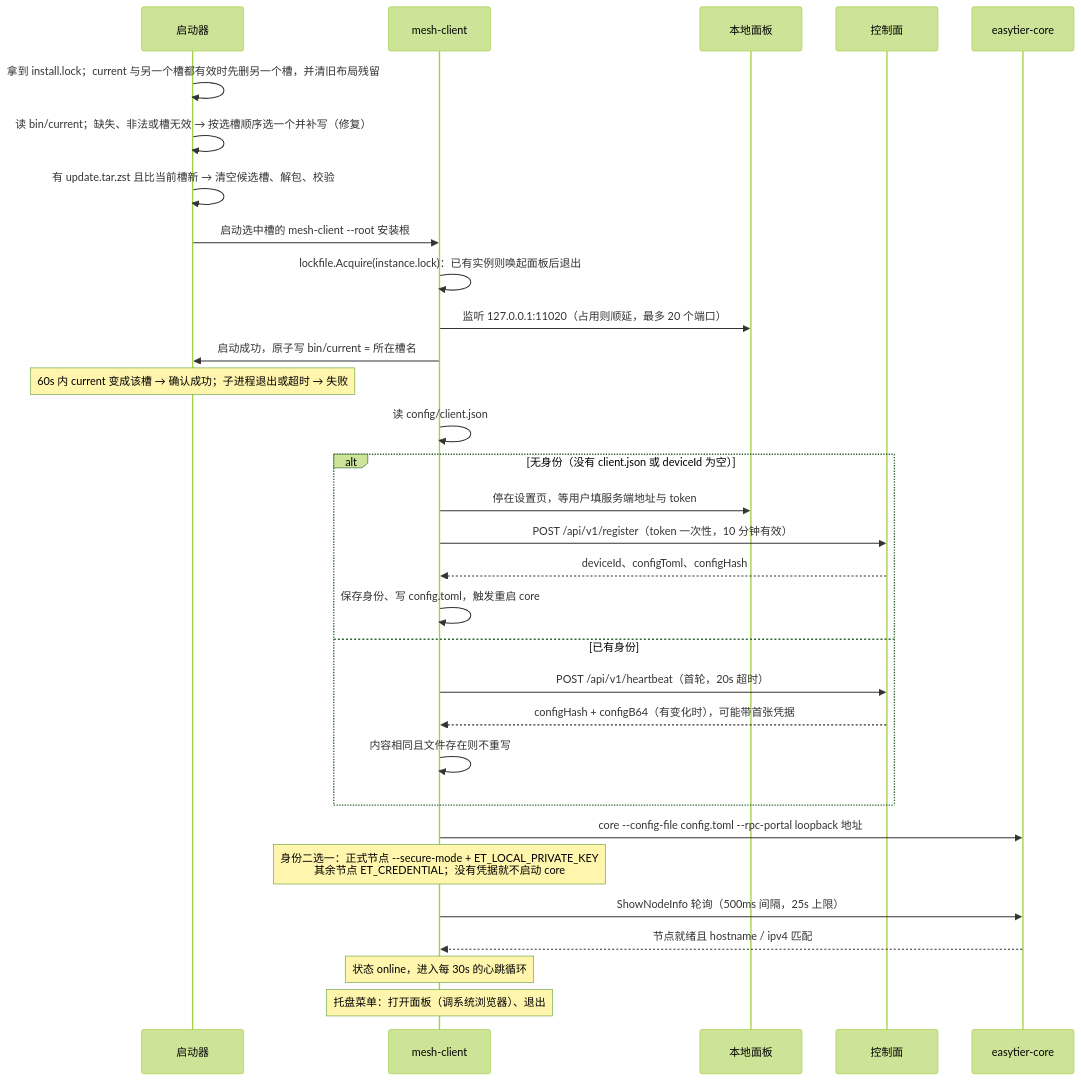
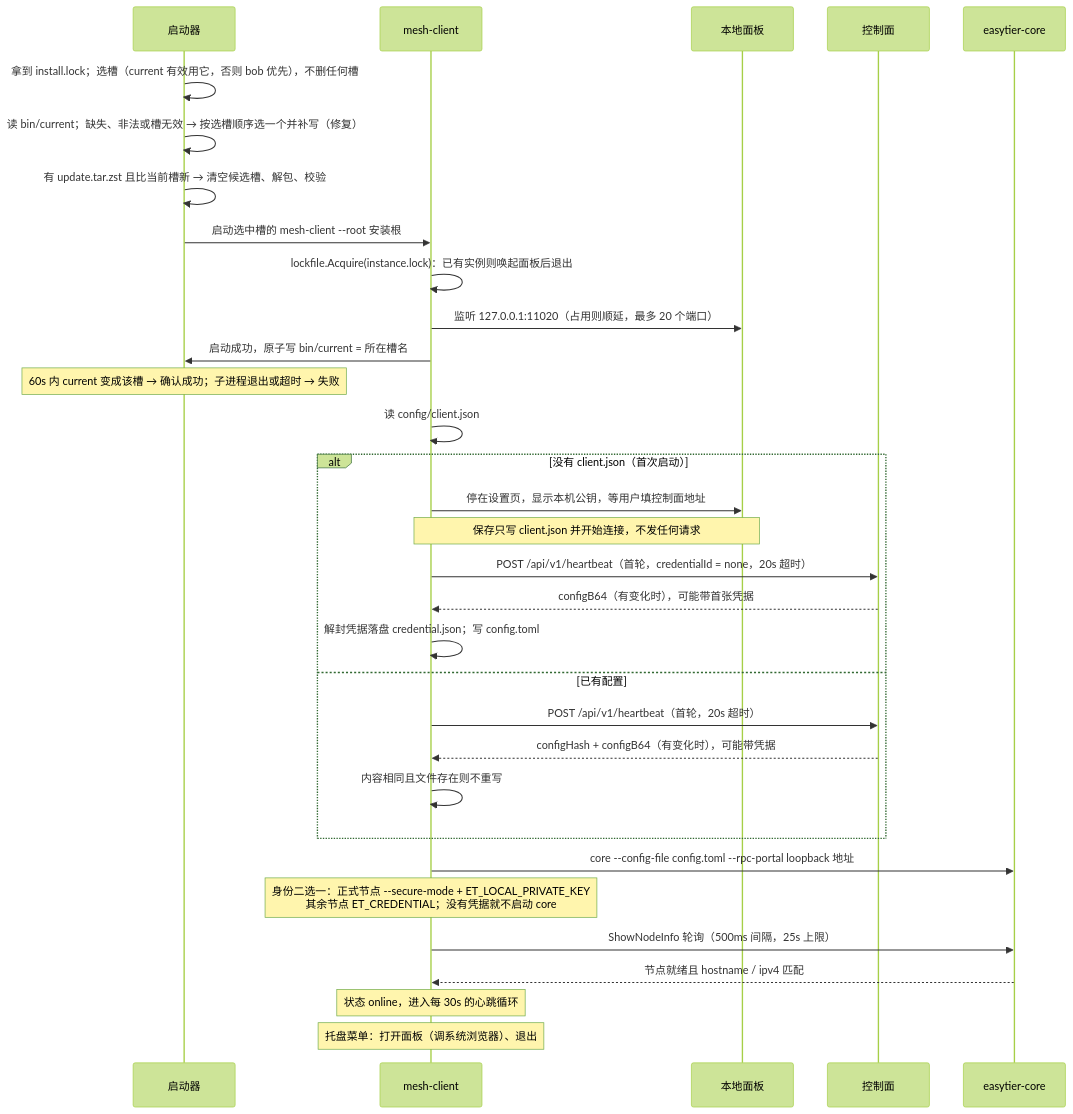
The fourth of 6 diagrams in docs/flows.md (hiromuraki/mesh-client), drawn with Mermaid (forest theme) before and after one commit. The commit also changed other lines of this file and 27 other files, not shown here.

````diff
--- a/docs/flows.md
+++ b/docs/flows.md
@@ -123,34 +123,35 @@
 ```mermaid
 sequenceDiagram
   participant L as 启动器
   participant M as mesh-client
   participant P as 本地面板
   participant S as 控制面
   participant C as easytier-core
 
-  L->>L: 拿到 install.lock；current 与另一个槽都有效时先删另一个槽，并清旧布局残留
+  L->>L: 拿到 install.lock；选槽（current 有效用它，否则 bob 优先），不删任何槽
   L->>L: 读 bin/current；缺失、非法或槽无效 → 按选槽顺序选一个并补写（修复）
   L->>L: 有 update.tar.zst 且比当前槽新 → 清空候选槽、解包、校验
   L->>M: 启动选中槽的 mesh-client --root 安装根
   M->>M: lockfile.Acquire(instance.lock)：已有实例则唤起面板后退出
   M->>P: 监听 127.0.0.1:11020（占用则顺延，最多 20 个端口）
   M->>L: 启动成功，原子写 bin/current = 所在槽名
   Note over L: 60s 内 current 变成该槽 → 确认成功；子进程退出或超时 → 失败
   M->>M: 读 config/client.json
-  alt 无身份（没有 client.json 或 deviceId 为空）
-    M->>P: 停在设置页，等用户填服务端地址与 token
-    M->>S: POST /api/v1/register（token 一次性，10 分钟有效）
-    S-->>M: deviceId、configToml、configHash
-    M->>M: 保存身份、写 config.toml，触发重启 core
-  else 已有身份
+  alt 没有 client.json（首次启动）
+    M->>P: 停在设置页，显示本机公钥，等用户填控制面地址
+    Note over M,P: 保存只写 client.json 并开始连接，不发任何请求
+    M->>S: POST /api/v1/heartbeat（首轮，credentialId = none，20s 超时）
+    S-->>M: configB64（有变化时），可能带首张凭据
+    M->>M: 解封凭据落盘 credential.json；写 config.toml
+  else 已有配置
     M->>S: POST /api/v1/heartbeat（首轮，20s 超时）
-    S-->>M: configHash + configB64（有变化时），可能带首张凭据
+    S-->>M: configHash + configB64（有变化时），可能带凭据
     M->>M: 内容相同且文件存在则不重写
   end
   M->>C: core --config-file config.toml --rpc-portal loopback 地址
   Note over M: 身份二选一：正式节点 --secure-mode + ET_LOCAL_PRIVATE_KEY<br/>其余节点 ET_CREDENTIAL；没有凭据就不启动 core
   M->>C: ShowNodeInfo 轮询（500ms 间隔，25s 上限）
   C-->>M: 节点就绪且 hostname / ipv4 匹配
   Note over M: 状态 online，进入每 30s 的心跳循环
   Note over M: 托盘菜单：打开面板（调系统浏览器）、退出
 ```
````
